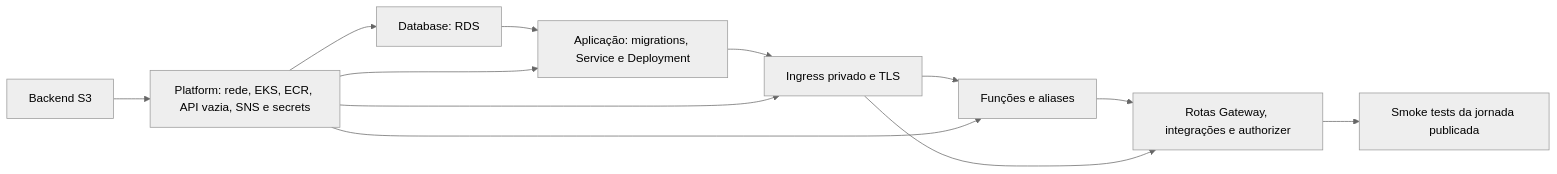
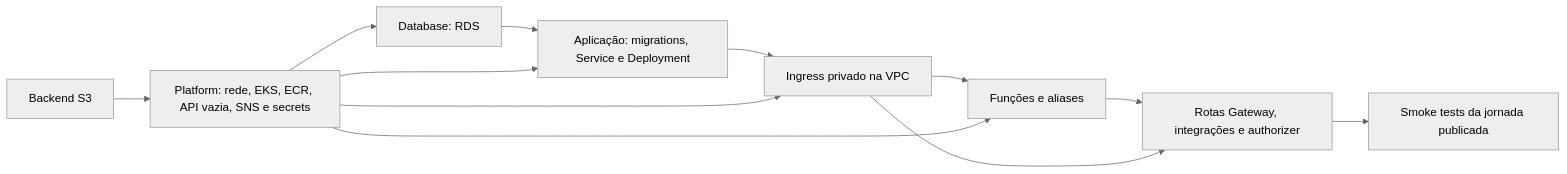
One commit to DiegoRugue/GarageFlow changed the first of 3 diagrams in docs/architecture/rfcs/0001-phase-3-platform-and-identity.md. Above: the diagram before and after it, drawn with Mermaid (neutral theme). The commit also changed other lines of this file and 22 other files, not shown here.

````diff
--- a/docs/architecture/rfcs/0001-phase-3-platform-and-identity.md
+++ b/docs/architecture/rfcs/0001-phase-3-platform-and-identity.md
@@ -44,14 +44,14 @@
 ```mermaid
 flowchart LR
     Backend[Backend S3] --> Platform[Platform: rede, EKS, ECR, API vazia, SNS e secrets]
     Platform --> Database[Database: RDS]
     Database --> App[Aplicação: migrations, Service e Deployment]
     Platform --> App
-    App --> Ingress[Ingress privado e TLS]
+    App --> Ingress[Ingress privado na VPC]
     Platform --> Ingress
     Ingress --> Serverless[Funções e aliases]
     Platform --> Serverless
     Serverless --> Edge[Rotas Gateway, integrações e authorizer]
     Ingress --> Edge
     Edge --> Smoke[Smoke tests da jornada publicada]
 ```
````
